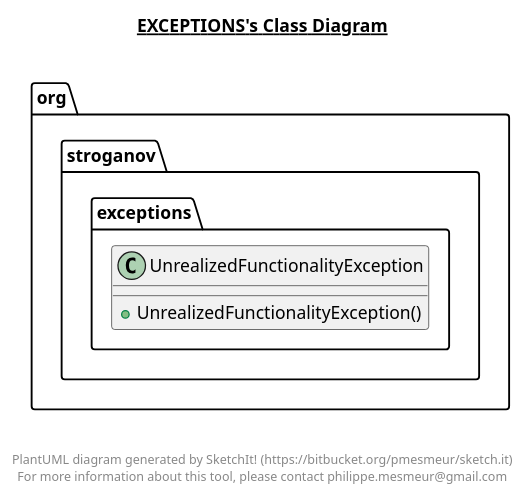
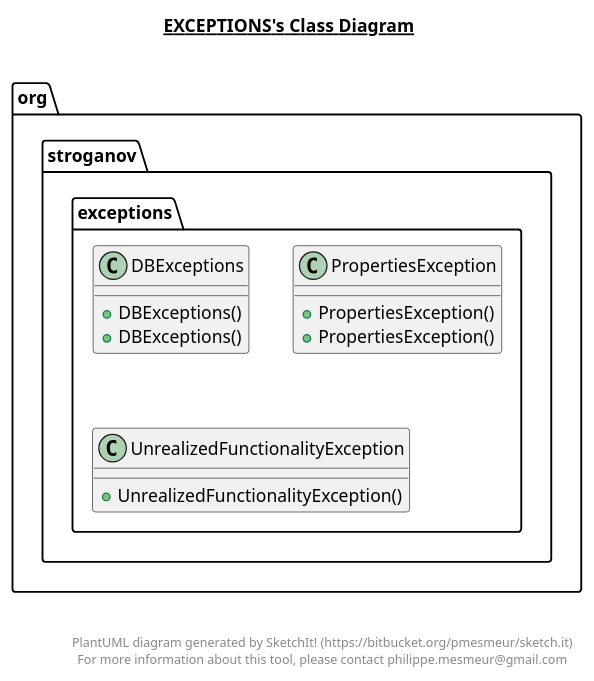
The diagram in src/main/java/org/stroganov/exceptions/exceptions.plantuml (SergeyStroganoff/LibraryApp), drawn with PlantUML before and after one commit. The commit also changed 14 other files, not shown here.

```diff
--- a/src/main/java/org/stroganov/exceptions/exceptions.plantuml
+++ b/src/main/java/org/stroganov/exceptions/exceptions.plantuml
@@ -1,23 +1,43 @@
 @startuml
 
 title __EXCEPTIONS's Class Diagram__\n
+
+  namespace org.stroganov {
+    namespace exceptions {
+      class org.stroganov.exceptions.DBExceptions {
+          + DBExceptions()
+          + DBExceptions()
+      }
+    }
+  }
+  
+
+  namespace org.stroganov {
+    namespace exceptions {
+      class org.stroganov.exceptions.PropertiesException {
+          + PropertiesException()
+          + PropertiesException()
+      }
+    }
+  }
+  
 
   namespace org.stroganov {
     namespace exceptions {
       class org.stroganov.exceptions.UnrealizedFunctionalityException {
           + UnrealizedFunctionalityException()
       }
     }
   }
   
 
 
 
 right footer
 
 
 PlantUML diagram generated by SketchIt! (https://bitbucket.org/pmesmeur/sketch.it)
 For more information about this tool, please contact philippe.mesmeur@gmail.com
 endfooter
 
 @enduml
```
